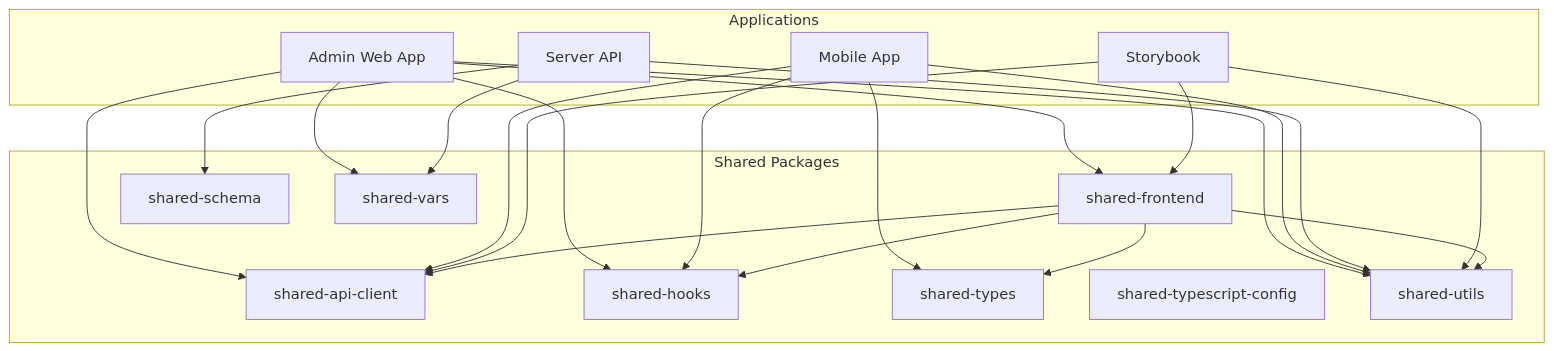
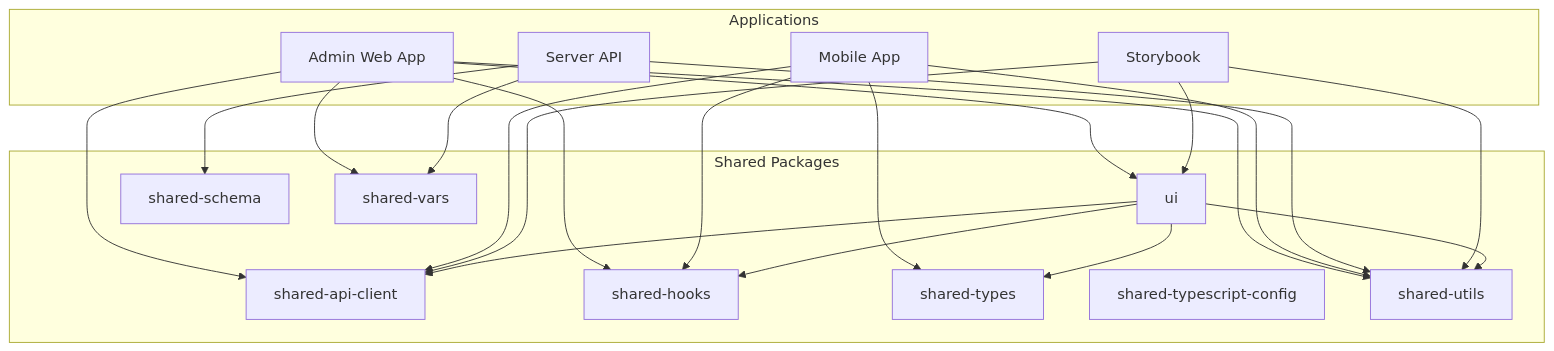
The first of 9 diagrams in .qoder/repowiki/en/content/Monorepo Architecture/Monorepo Architecture.md (kimjoongwon/prj-core), drawn with Mermaid before and after one commit. The commit also changed other lines of this file and 56 other files, not shown here.

````diff
--- a/.qoder/repowiki/en/content/Monorepo Architecture/Monorepo Architecture.md
+++ b/.qoder/repowiki/en/content/Monorepo Architecture/Monorepo Architecture.md
@@ -42,38 +43,38 @@
 ```mermaid
 graph TD
 subgraph "Applications"
 A[Admin Web App]
 M[Mobile App]
 S[Server API]
 SB[Storybook]
 end
 subgraph "Shared Packages"
 SAC[shared-api-client]
-SF[shared-frontend]
+SF[ui]
 SH[shared-hooks]
 SS[shared-schema]
 ST[shared-types]
 STC[shared-typescript-config]
 SU[shared-utils]
 SV[shared-vars]
 end
 A --> SAC
 A --> SF
 A --> SH
 A --> SU
 A --> SV
 M --> SAC
 M --> SH
 M --> SU
 M --> ST
 S --> SS
 S --> SU
 S --> SV
 SB --> SAC
 SB --> SF
 SB --> SU
 SF --> SAC
 SF --> SH
 SF --> SU
 SF --> ST
 ```
````
